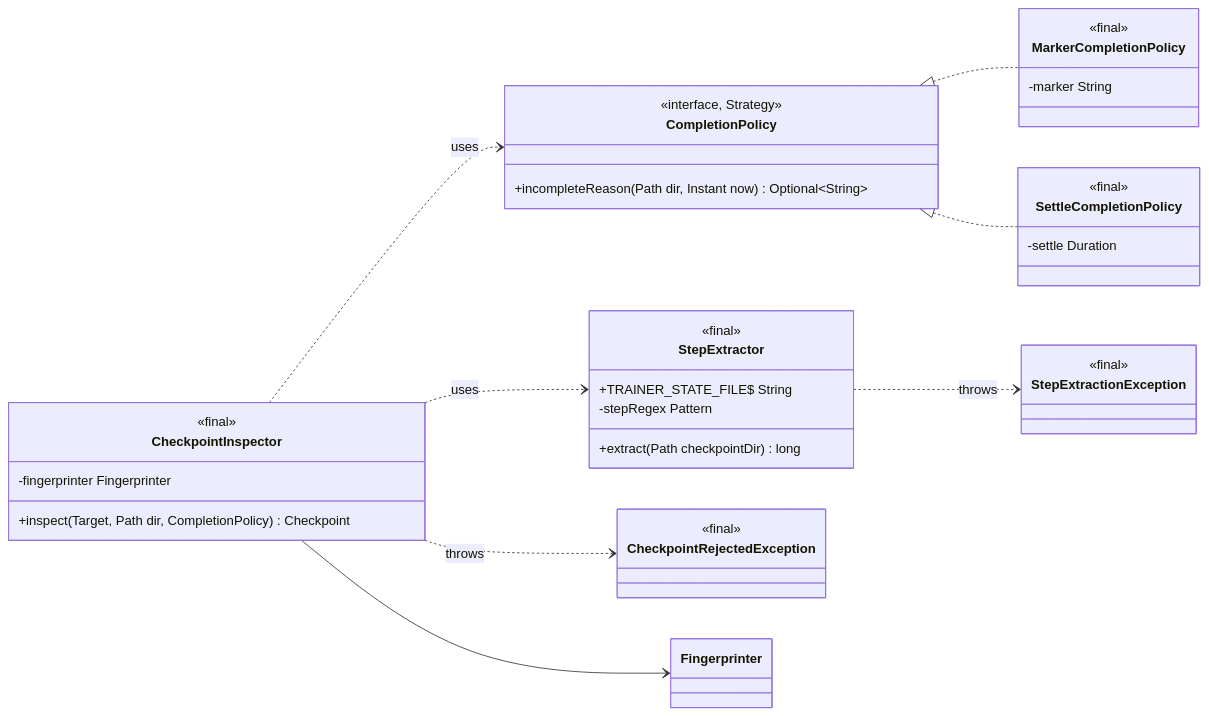
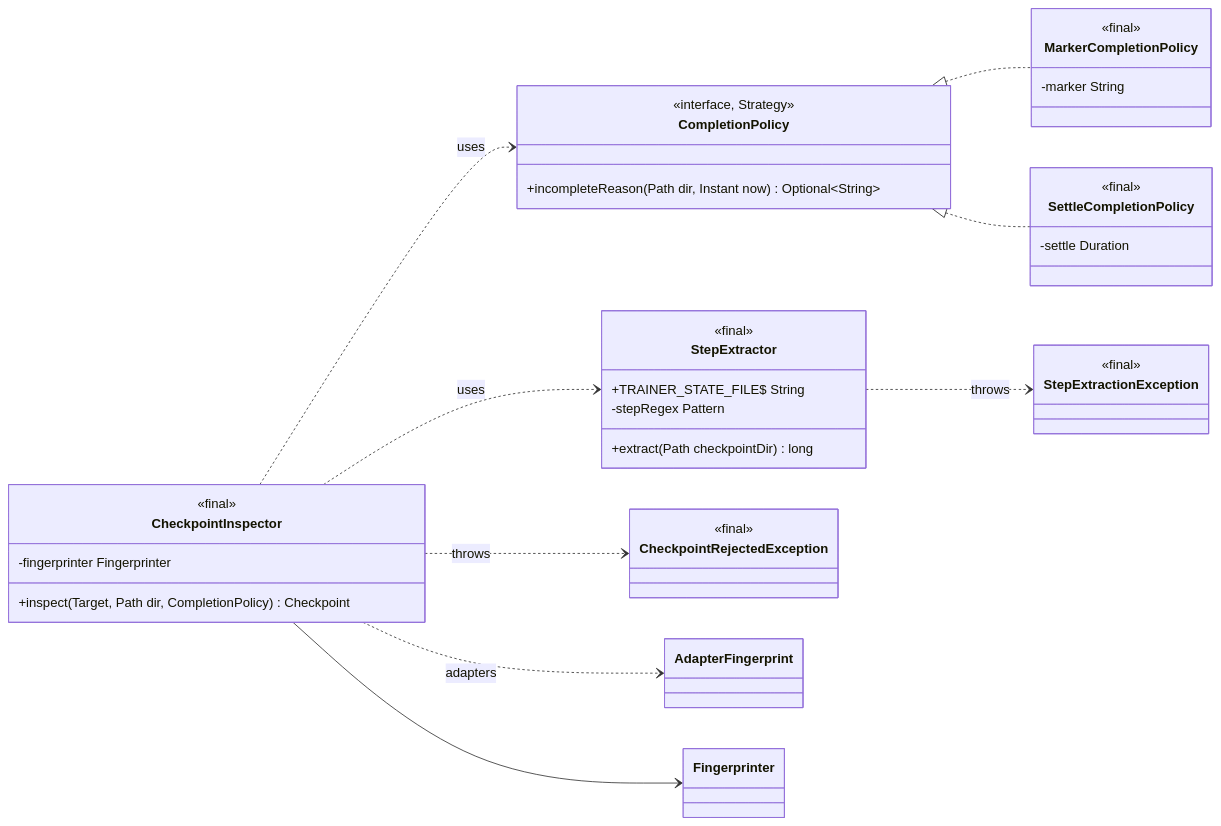
The fifth of 9 diagrams in docs/uml/class-diagram.md (ritikmahy5/draftwatch), drawn with Mermaid before and after one commit. The commit also changed other lines of this file and 1 other file, not shown here.

Commit message:
docs: describe adapter identity in SPEC and class diagram

````diff
--- a/docs/uml/class-diagram.md
+++ b/docs/uml/class-diagram.md
@@ -503,38 +509,39 @@
 ```mermaid
 classDiagram
   direction LR
 
   class CheckpointInspector {
     <<final>>
     -fingerprinter Fingerprinter
     +inspect(Target, Path dir, CompletionPolicy) Checkpoint
   }
   class CompletionPolicy {
     <<interface, Strategy>>
     +incompleteReason(Path dir, Instant now) Optional~String~
   }
   class MarkerCompletionPolicy {
     <<final>>
     -marker String
   }
   class SettleCompletionPolicy {
     <<final>>
     -settle Duration
   }
   class StepExtractor {
     <<final>>
     +TRAINER_STATE_FILE$ String
     -stepRegex Pattern
     +extract(Path checkpointDir) long
   }
   class CheckpointRejectedException { <<final>> }
   class StepExtractionException { <<final>> }
 
   CompletionPolicy <|.. MarkerCompletionPolicy
   CompletionPolicy <|.. SettleCompletionPolicy
   CheckpointInspector ..> CompletionPolicy : uses
+  CheckpointInspector ..> AdapterFingerprint : adapters
   CheckpointInspector ..> StepExtractor : uses
   CheckpointInspector --> Fingerprinter
   CheckpointInspector ..> CheckpointRejectedException : throws
   StepExtractor ..> StepExtractionException : throws
 ```
````
